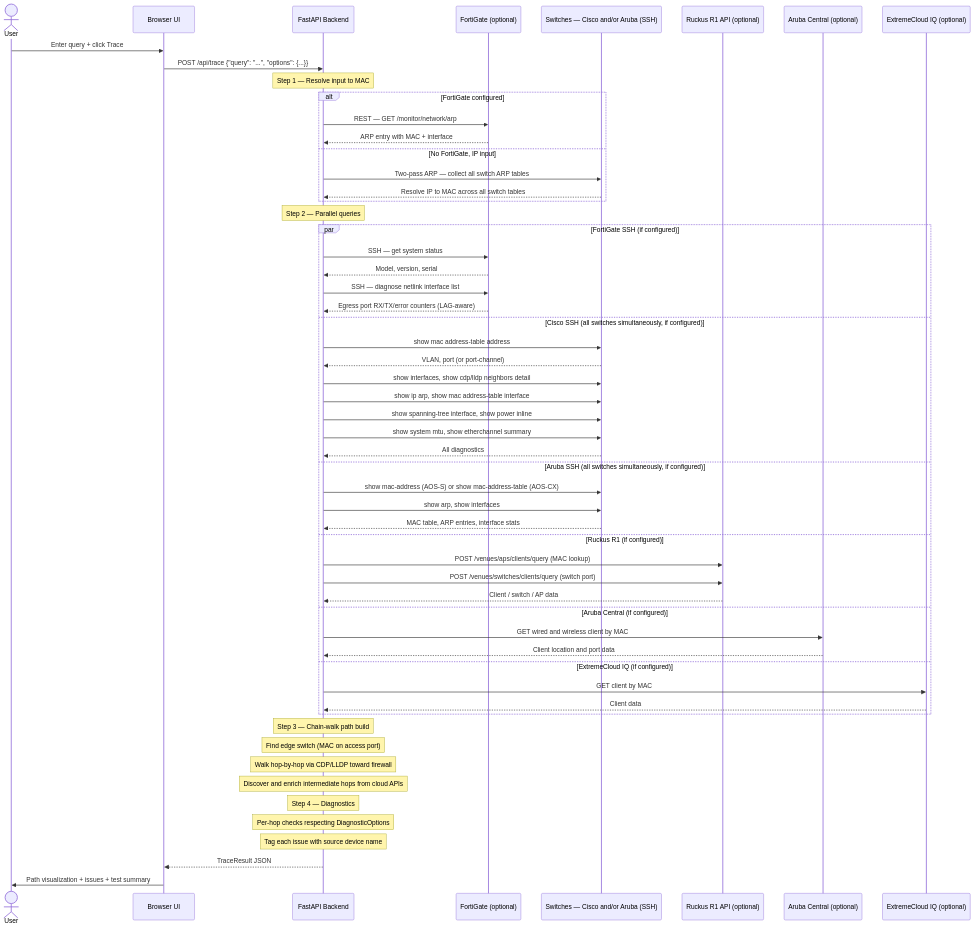
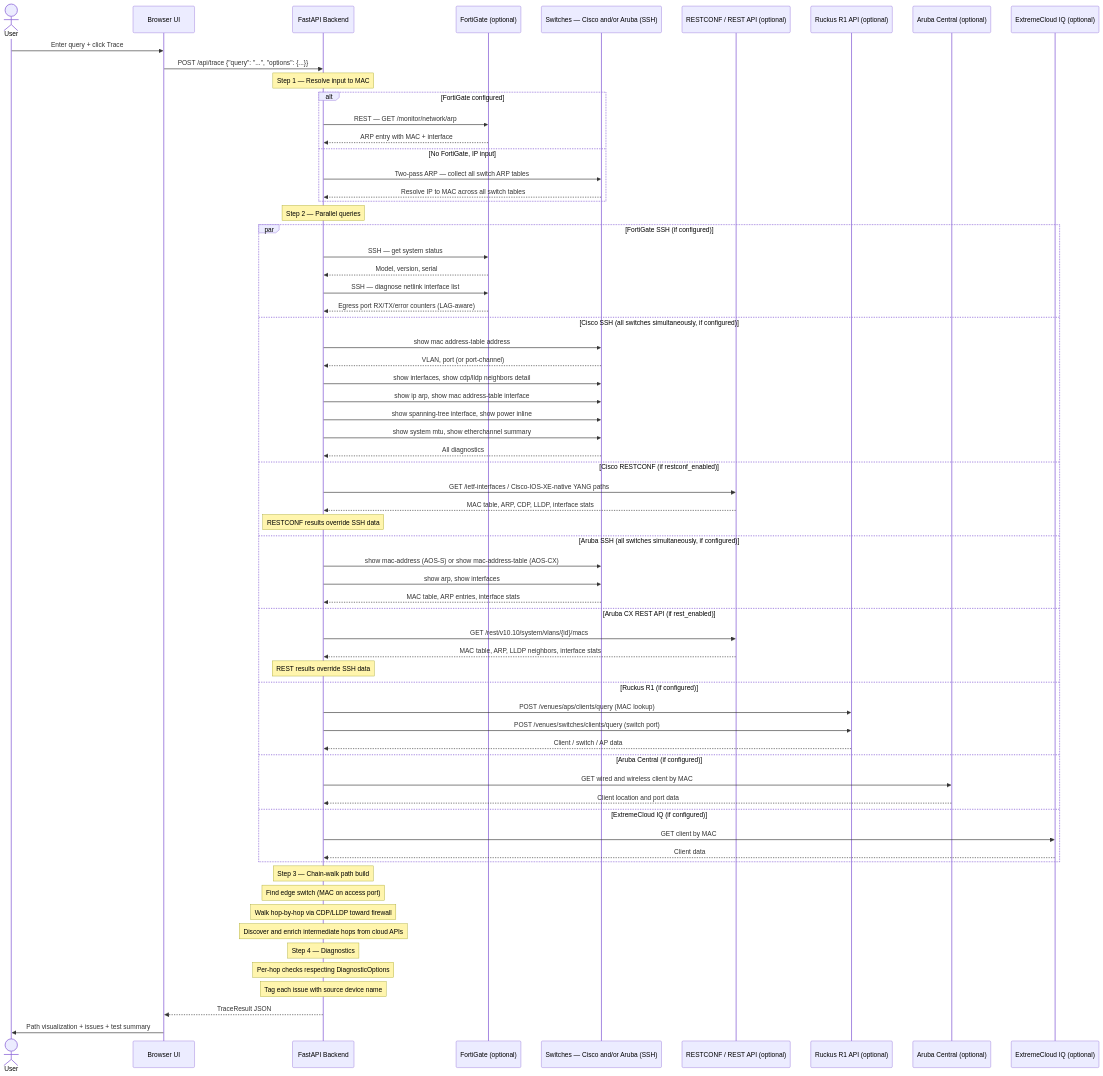
One commit to ivillagomez/netinspect changed the third of 3 diagrams in README.md. Above: the diagram before and after it, drawn with Mermaid. The commit also changed other lines of this file and 7 other files, not shown here.

````diff
--- a/README.md
+++ b/README.md
@@ -165,65 +180,74 @@
 ```mermaid
 sequenceDiagram
     actor User
     participant UI as Browser UI
     participant API as FastAPI Backend
     participant FG as FortiGate (optional)
     participant SW as Switches — Cisco and/or Aruba (SSH)
+    participant RC as RESTCONF / REST API (optional)
     participant R1 as Ruckus R1 API (optional)
     participant AC as Aruba Central (optional)
     participant XIQ as ExtremeCloud IQ (optional)
 
     User->>UI: Enter query + click Trace
     UI->>API: POST /api/trace {"query": "...", "options": {...}}
 
     note over API: Step 1 — Resolve input to MAC
     alt FortiGate configured
         API->>FG: REST — GET /monitor/network/arp
         FG-->>API: ARP entry with MAC + interface
     else No FortiGate, IP input
         API->>SW: Two-pass ARP — collect all switch ARP tables
         SW-->>API: Resolve IP to MAC across all switch tables
     end
 
     note over API: Step 2 — Parallel queries
     par FortiGate SSH (if configured)
         API->>FG: SSH — get system status
         FG-->>API: Model, version, serial
         API->>FG: SSH — diagnose netlink interface list
         FG-->>API: Egress port RX/TX/error counters (LAG-aware)
     and Cisco SSH (all switches simultaneously, if configured)
         API->>SW: show mac address-table address
         SW-->>API: VLAN, port (or port-channel)
         API->>SW: show interfaces, show cdp/lldp neighbors detail
         API->>SW: show ip arp, show mac address-table interface
         API->>SW: show spanning-tree interface, show power inline
         API->>SW: show system mtu, show etherchannel summary
         SW-->>API: All diagnostics
+    and Cisco RESTCONF (if restconf_enabled)
+        API->>RC: GET /ietf-interfaces / Cisco-IOS-XE-native YANG paths
+        RC-->>API: MAC table, ARP, CDP, LLDP, interface stats
+        note over API: RESTCONF results override SSH data
     and Aruba SSH (all switches simultaneously, if configured)
         API->>SW: show mac-address (AOS-S) or show mac-address-table (AOS-CX)
         API->>SW: show arp, show interfaces
         SW-->>API: MAC table, ARP entries, interface stats
+    and Aruba CX REST API (if rest_enabled)
+        API->>RC: GET /rest/v10.10/system/vlans/{id}/macs
+        RC-->>API: MAC table, ARP, LLDP neighbors, interface stats
+        note over API: REST results override SSH data
     and Ruckus R1 (if configured)
         API->>R1: POST /venues/aps/clients/query (MAC lookup)
         API->>R1: POST /venues/switches/clients/query (switch port)
         R1-->>API: Client / switch / AP data
     and Aruba Central (if configured)
         API->>AC: GET wired and wireless client by MAC
         AC-->>API: Client location and port data
     and ExtremeCloud IQ (if configured)
         API->>XIQ: GET client by MAC
         XIQ-->>API: Client data
     end
 
     note over API: Step 3 — Chain-walk path build
     note over API: Find edge switch (MAC on access port)
     note over API: Walk hop-by-hop via CDP/LLDP toward firewall
     note over API: Discover and enrich intermediate hops from cloud APIs
 
     note over API: Step 4 — Diagnostics
     note over API: Per-hop checks respecting DiagnosticOptions
     note over API: Tag each issue with source device name
 
     API-->>UI: TraceResult JSON
     UI->>User: Path visualization + issues + test summary
 ```
````
